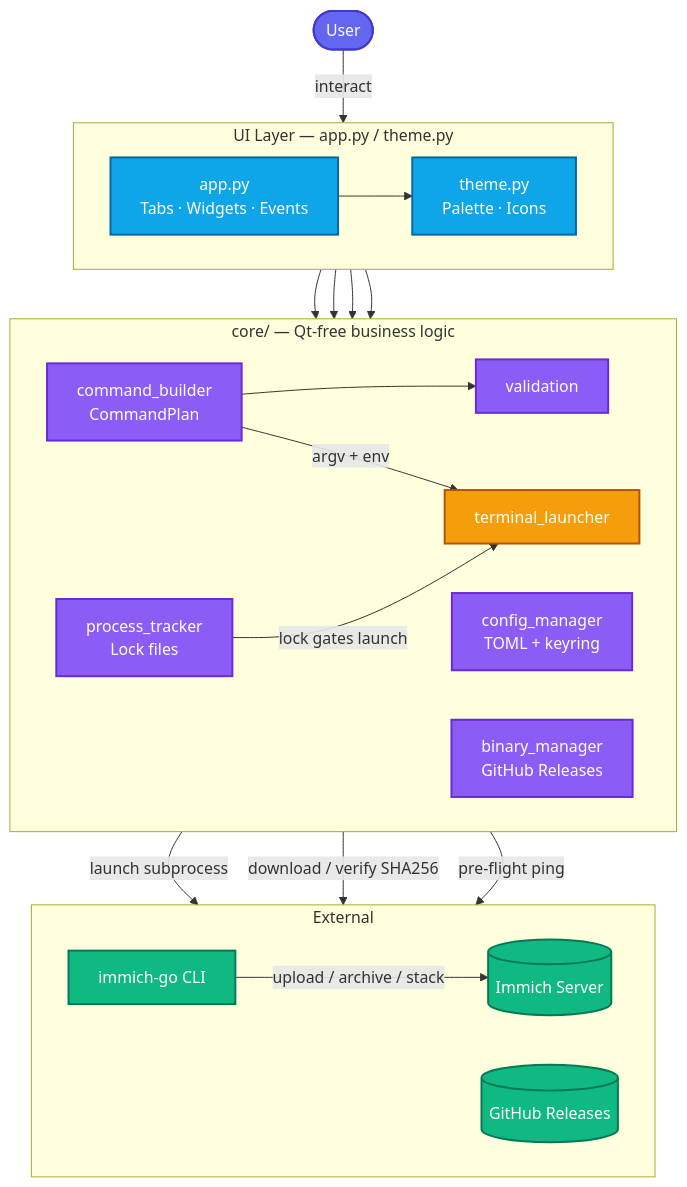
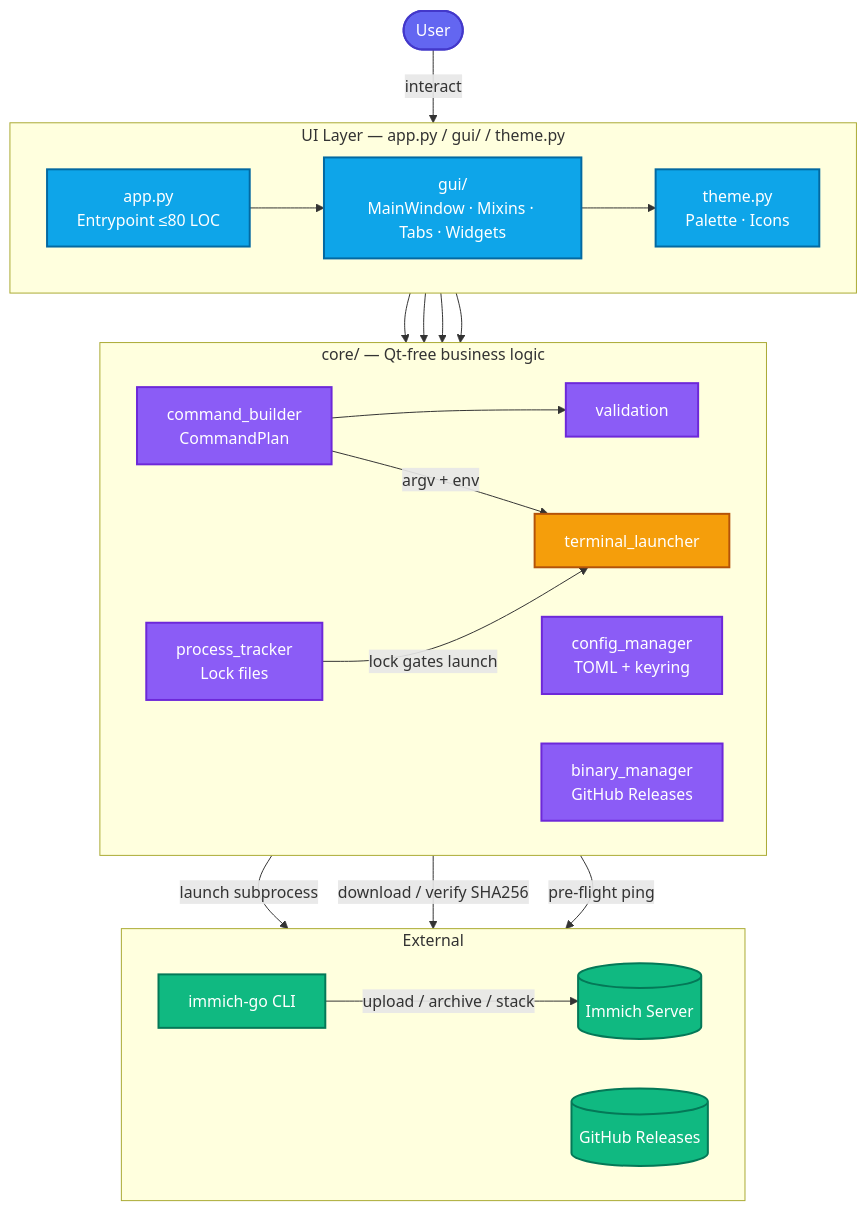
One commit to JESIII/immich-go-gui changed the first of 3 diagrams in docs/developer-guide/architecture.md. Above: the diagram before and after it, drawn with Mermaid. The commit also changed other lines of this file and 6 other files, not shown here.

````diff
--- a/docs/developer-guide/architecture.md
+++ b/docs/developer-guide/architecture.md
@@ -7,47 +7,49 @@
 ```mermaid
 flowchart TB
     classDef userStyle fill:#6366f1,stroke:#4338ca,color:#fff,stroke-width:2px
     classDef uiStyle fill:#0ea5e9,stroke:#0369a1,color:#fff,stroke-width:2px
     classDef coreStyle fill:#8b5cf6,stroke:#6d28d9,color:#fff,stroke-width:2px
     classDef runStyle fill:#f59e0b,stroke:#b45309,color:#fff,stroke-width:2px
     classDef extStyle fill:#10b981,stroke:#047857,color:#fff,stroke-width:2px
 
     User([User]):::userStyle
 
-    subgraph UI["UI Layer — app.py / theme.py"]
+    subgraph UI["UI Layer — app.py / gui/ / theme.py"]
         direction LR
-        AppPy[app.py<br/>Tabs · Widgets · Events]:::uiStyle
+        AppPy[app.py<br/>Entrypoint ≤80 LOC]:::uiStyle
+        GuiPkg[gui/<br/>MainWindow · Mixins · Tabs · Widgets]:::uiStyle
         ThemePy[theme.py<br/>Palette · Icons]:::uiStyle
     end
 
     subgraph Core["core/ — Qt-free business logic"]
         direction LR
         Builder[command_builder<br/>CommandPlan]:::coreStyle
         Validator[validation]:::coreStyle
         Config[config_manager<br/>TOML + keyring]:::coreStyle
         BinMgr[binary_manager<br/>GitHub Releases]:::coreStyle
         Tracker[process_tracker<br/>Lock files]:::coreStyle
         Terminal[terminal_launcher]:::runStyle
     end
 
     subgraph Ext["External"]
         direction LR
         ImmichGo[immich-go CLI]:::extStyle
         ImmichAPI[(Immich Server)]:::extStyle
         GitHub[(GitHub Releases)]:::extStyle
     end
 
-    User -->|interact| AppPy
-    AppPy --> ThemePy
-    AppPy --> Builder
+    User -->|interact| GuiPkg
+    AppPy --> GuiPkg
+    GuiPkg --> ThemePy
+    GuiPkg --> Builder
     Builder --> Validator
-    AppPy --> Config
-    AppPy --> BinMgr
-    AppPy --> Tracker
+    GuiPkg --> Config
+    GuiPkg --> BinMgr
+    GuiPkg --> Tracker
     Builder -->|argv + env| Terminal
     Tracker -->|lock gates launch| Terminal
     Terminal -->|launch subprocess| ImmichGo
     BinMgr -->|download / verify SHA256| GitHub
     Config -->|pre-flight ping| ImmichAPI
     ImmichGo -->|upload / archive / stack| ImmichAPI
 ```
````
